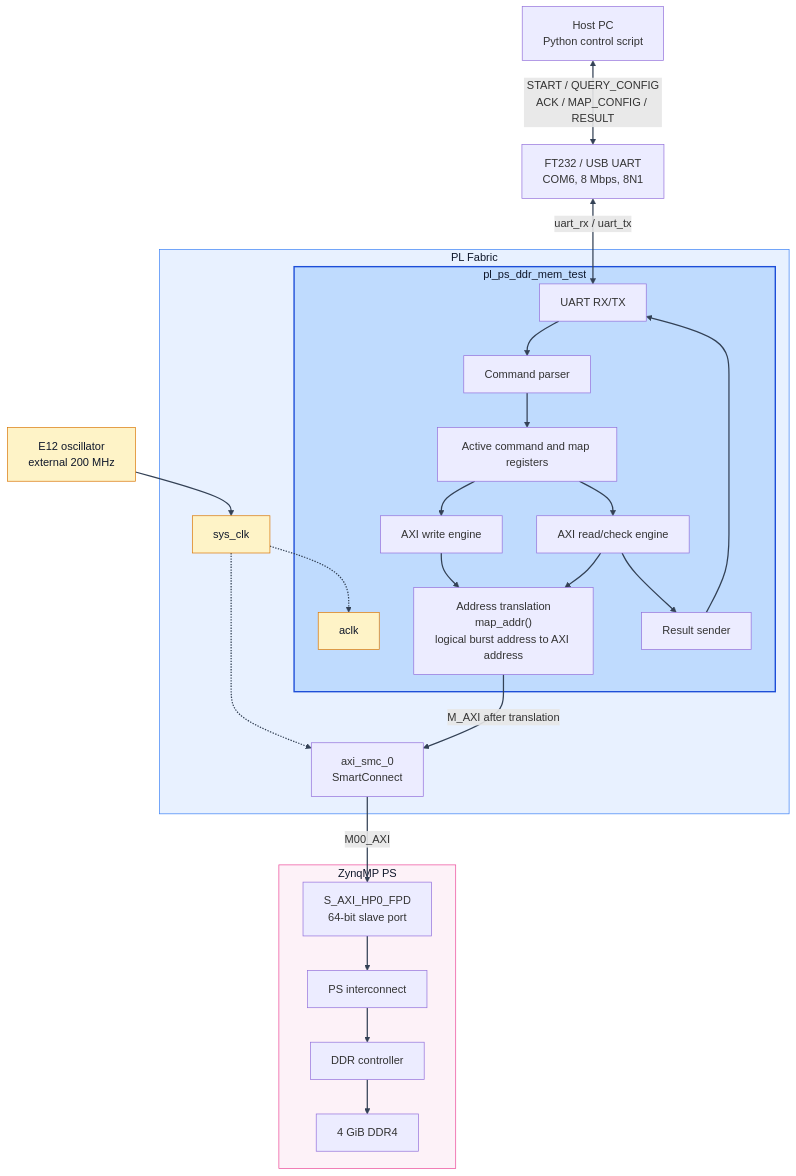
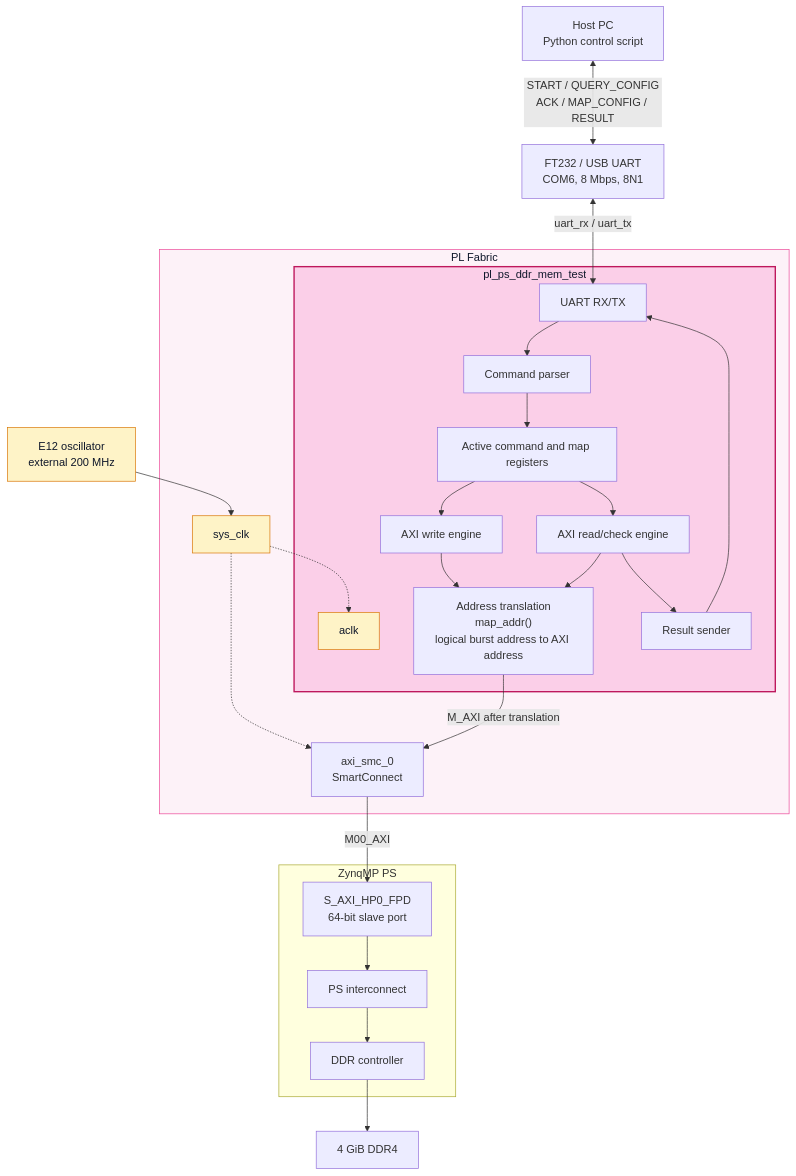
The second of 9 diagrams in README.md (RESBI/ZU4EV-PL-to-PS-DDR-TEST), drawn with Mermaid before and after one commit.

Commit message:
Adjust architecture diagram layout

````diff
--- a/README.md
+++ b/README.md
@@ -333,59 +333,55 @@
 ```mermaid
 flowchart TB
     Host["Host PC<br/>Python control script"]
     Usb["FT232 / USB UART<br/>COM6, 8 Mbps, 8N1"]
     Clk["E12 oscillator<br/>external 200 MHz"]
 
     Host <-->|START / QUERY_CONFIG<br/>ACK / MAP_CONFIG / RESULT| Usb
     Clk --> SysClk
 
     subgraph PL["PL Fabric"]
         SysClk["sys_clk"]
 
         subgraph Tester["pl_ps_ddr_mem_test"]
             Aclk["aclk"]
             Uart["UART RX/TX"]
             Parser["Command parser"]
             Active["Active command and map registers"]
             Write["AXI write engine"]
             Read["AXI read/check engine"]
             Map["Address translation<br/>map_addr()<br/>logical burst address to AXI address"]
             Result["Result sender"]
 
             Uart --> Parser
             Parser --> Active
             Active --> Write
             Write --> Map
             Active --> Read
             Read --> Map
             Read --> Result
             Result --> Uart
         end
 
         SysClk -.-> Aclk
         SysClk -.-> Smc["axi_smc_0<br/>SmartConnect"]
         Map -->|M_AXI after translation| Smc
     end
 
     Usb <-->|uart_rx / uart_tx| Uart
 
     subgraph PS["ZynqMP PS"]
         HpPort["S_AXI_HP0_FPD<br/>64-bit slave port"]
         HpPort --> Interconnect["PS interconnect"]
         Interconnect --> DdrCtrl["DDR controller"]
-        DdrCtrl --> Ddr["4 GiB DDR4"]
     end
 
+    DdrCtrl --> Ddr["4 GiB DDR4"]
     Smc -->|M00_AXI| HpPort
 
-    classDef fabric fill:#e8f1ff,stroke:#3b82f6,stroke-width:1px,color:#0f172a
-    classDef tester fill:#bfdbfe,stroke:#1d4ed8,stroke-width:2px,color:#0f172a
-    classDef ps fill:#fdf2f8,stroke:#ec4899,stroke-width:1px,color:#0f172a
+    classDef fabric fill:#fdf2f8,stroke:#ec4899,stroke-width:1px,color:#0f172a
+    classDef tester fill:#fbcfe8,stroke:#be185d,stroke-width:2px,color:#0f172a
     classDef clock fill:#fef3c7,stroke:#d97706,stroke-width:1px,color:#0f172a
     class PL fabric
     class Tester tester
-    class PS ps
     class Clk,SysClk,Aclk clock
-
-    linkStyle default stroke:#334155,stroke-width:1.8px
 ```
````
